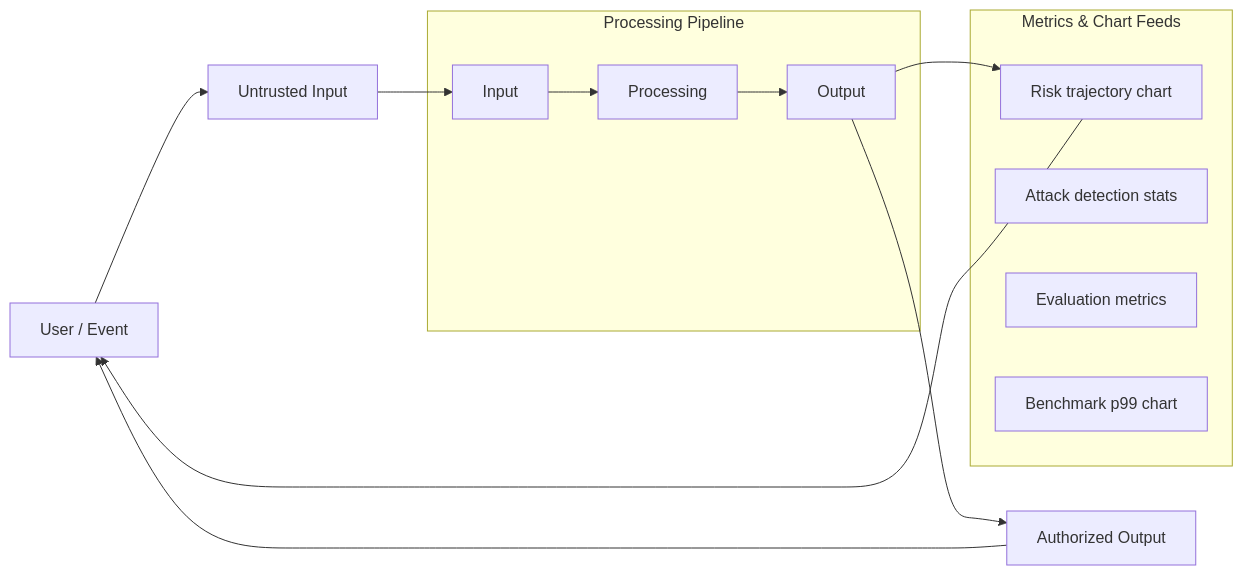
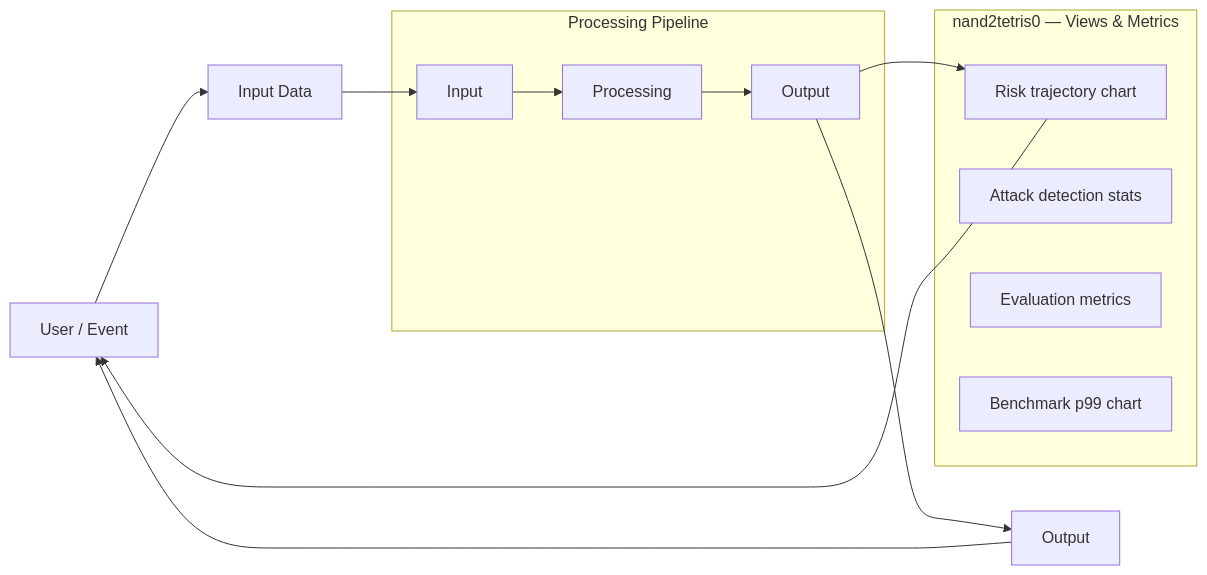
Before and after one commit to Punyamittal/nand2tetris0: the second of 3 diagrams in README.md, drawn with Mermaid. The commit also changed other lines of this file, not shown here.

````diff
--- a/README.md
+++ b/README.md
@@ -70,25 +53,25 @@
 ```mermaid
 flowchart LR
-    U["User / Event"] --> IN["Untrusted Input"]
+    U["User / Event"] --> IN["Input Data"]
 
     subgraph Pipeline["Processing Pipeline"]
         p0["Input"]
         p1["Processing"]
         p2["Output"]
         p0 --> p1
         p1 --> p2
     end
 
-    subgraph Metrics["Metrics & Chart Feeds"]
+    subgraph Metrics["nand2tetris0 — Views & Metrics"]
         risk_trajectory["Risk trajectory chart"]
         attack_stats["Attack detection stats"]
         eval_metrics["Evaluation metrics"]
         benchmark_p99["Benchmark p99 chart"]
     end
 
     IN --> p0
-    p2 --> OUT["Authorized Output"]
+    p2 --> OUT["Output"]
     OUT --> U
     p2 --> risk_trajectory
     risk_trajectory --> U
 ```
````
